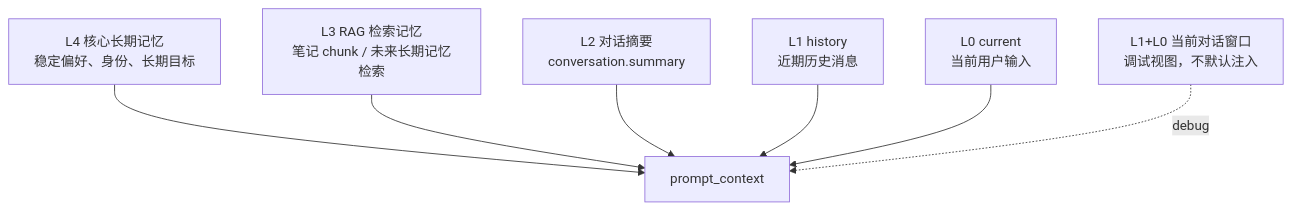
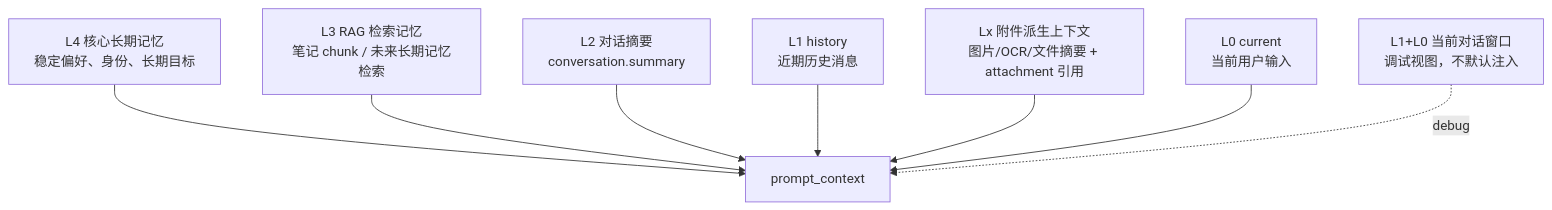
The first of 2 diagrams in docs/agent/context-pyramid.md (LiuJiaxuan1024/AiMemo), drawn with Mermaid before and after one commit. The commit also changed other lines of this file and 28 other files, not shown here.

````diff
--- a/docs/agent/context-pyramid.md
+++ b/docs/agent/context-pyramid.md
@@ -26,9 +27,10 @@
 ```mermaid
 flowchart TB
     L4[L4 核心长期记忆<br/>稳定偏好、身份、长期目标] --> Prompt[prompt_context]
     L3[L3 RAG 检索记忆<br/>笔记 chunk / 未来长期记忆检索] --> Prompt
     L2[L2 对话摘要<br/>conversation.summary] --> Prompt
     L1[L1 history<br/>近期历史消息] --> Prompt
+    LX[Lx 附件派生上下文<br/>图片/OCR/文件摘要 + attachment 引用] --> Prompt
     L0[L0 current<br/>当前用户输入] --> Prompt
     Window[L1+L0 当前对话窗口<br/>调试视图，不默认注入] -. debug .-> Prompt
 ```
````
